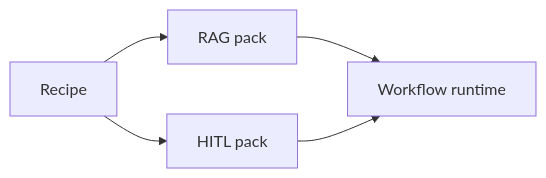
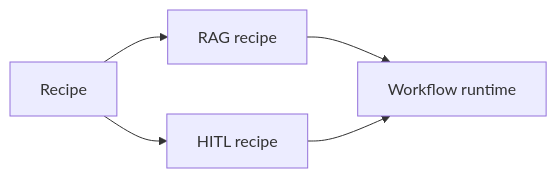
The diagram in docs/guide/hello-world.md (theGeekist/llm-core), drawn with Mermaid before and after one commit. The commit also changed other lines of this file and 26 other files, not shown here.

````diff
--- a/docs/guide/hello-world.md
+++ b/docs/guide/hello-world.md
@@ -25,7 +24,7 @@
 ```mermaid
 flowchart LR
-  R[Recipe] --> P1[RAG pack]
-  R --> P2[HITL pack]
-  P1 --> W[Workflow runtime]
-  P2 --> W
+  R[Recipe] --> R1[RAG recipe]
+  R --> R2[HITL recipe]
+  R1 --> W[Workflow runtime]
+  R2 --> W
 ```
````
